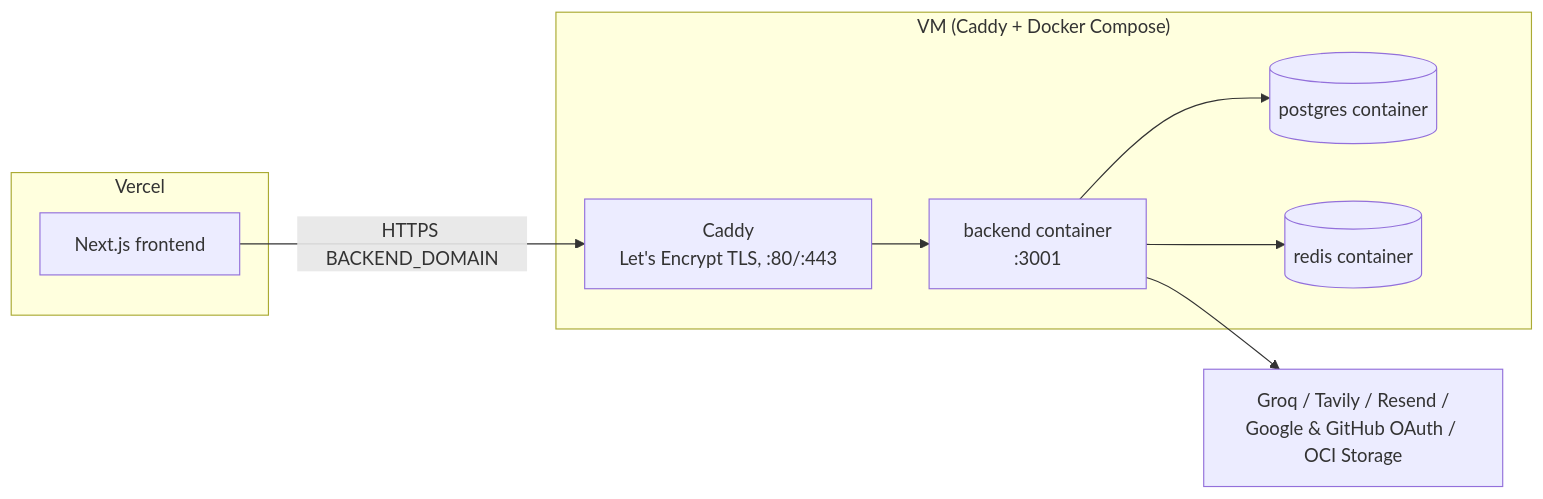
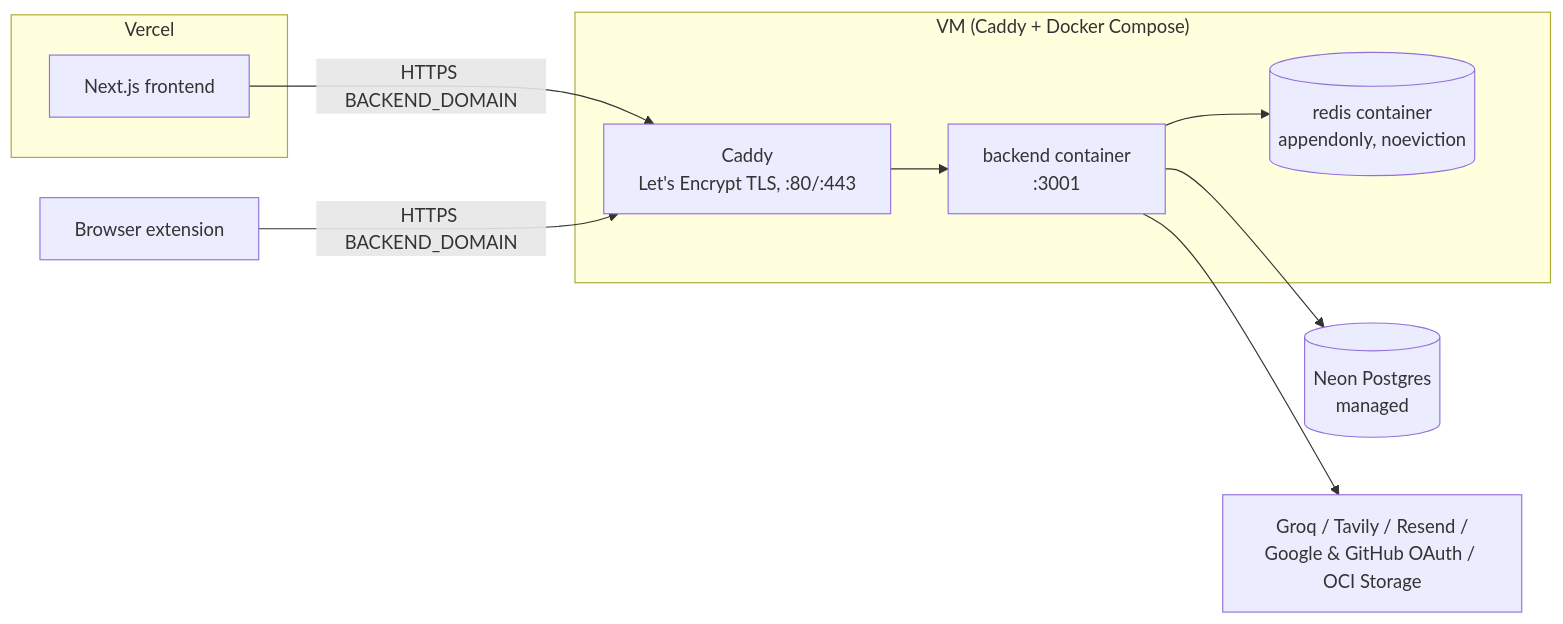
Before and after one commit to muhammadasif2017/job-tracker: the sixth of 6 diagrams in docs/architecture.md, drawn with Mermaid. The commit also changed other lines of this file, not shown here.

Commit message:
Update architecture diagrams with data flow (#388)

````diff
--- a/docs/architecture.md
+++ b/docs/architecture.md
@@ -188,18 +224,20 @@
 ```mermaid
 flowchart LR
     subgraph Vercel
         FE[Next.js frontend]
     end
     subgraph "VM (Caddy + Docker Compose)"
         CADDY["Caddy<br/>Let's Encrypt TLS, :80/:443"]
         BE["backend container<br/>:3001"]
-        PG[(postgres container)]
-        RD[(redis container)]
+        RD[("redis container<br/>appendonly, noeviction")]
     end
+    PG[("Neon Postgres<br/>managed")]
     EXT["Groq / Tavily / Resend /<br/>Google & GitHub OAuth / OCI Storage"]
+    EXTN[Browser extension]
 
     FE -->|HTTPS BACKEND_DOMAIN| CADDY --> BE
+    EXTN -->|HTTPS BACKEND_DOMAIN| CADDY
     BE --> PG
     BE --> RD
     BE --> EXT
 ```
````
